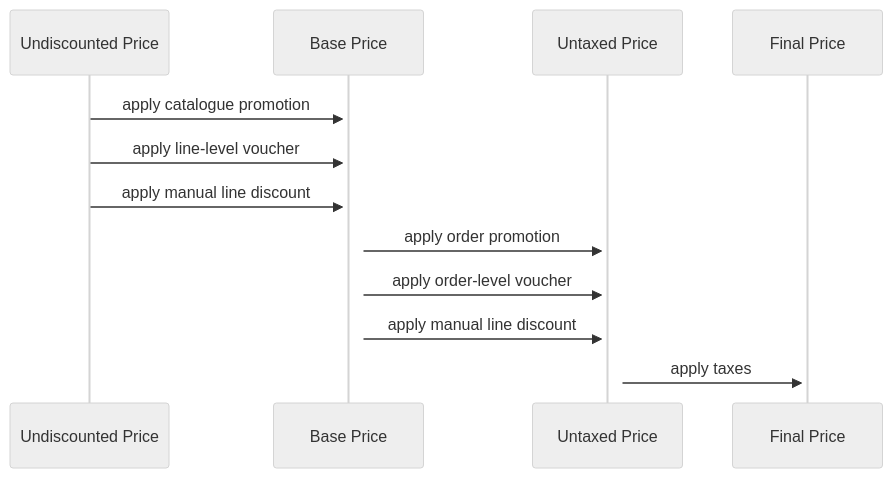
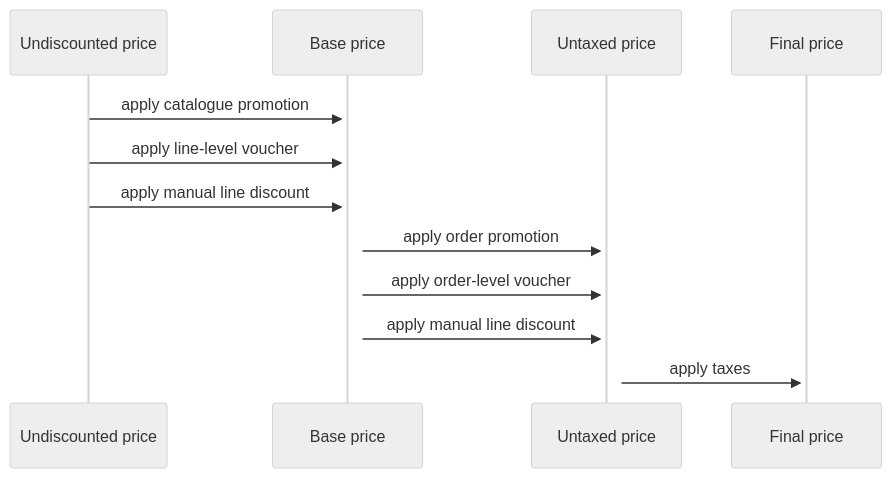
Before and after one commit to saleor/saleor-docs: the diagram in docs/developer/price-calculation.mdx, drawn with Mermaid (neutral theme). The commit also changed other lines of this file and 3 other files, not shown here.

Commit message:
Add manual-discount section

````diff
--- a/docs/developer/price-calculation.mdx
+++ b/docs/developer/price-calculation.mdx
@@ -12,10 +16,10 @@
 ```mermaid
 sequenceDiagram
-    Undiscounted Price->>+Base Price: apply catalogue promotion
-    Undiscounted Price->>+Base Price: apply line-level voucher
-    Undiscounted Price->>+Base Price: apply manual line discount
-    Base Price->>+ Untaxed Price: apply order promotion
-    Base Price->>+ Untaxed Price: apply order-level voucher
-    Base Price->>+ Untaxed Price: apply manual line discount
-    Untaxed Price->>+ Final Price: apply taxes
+    Undiscounted price->>+Base price: apply catalogue promotion
+    Undiscounted price->>+Base price: apply line-level voucher
+    Undiscounted price->>+Base price: apply manual line discount
+    Base price->>+ Untaxed price: apply order promotion
+    Base price->>+ Untaxed price: apply order-level voucher
+    Base price->>+ Untaxed price: apply manual line discount
+    Untaxed price->>+ Final price: apply taxes
 ```
````
